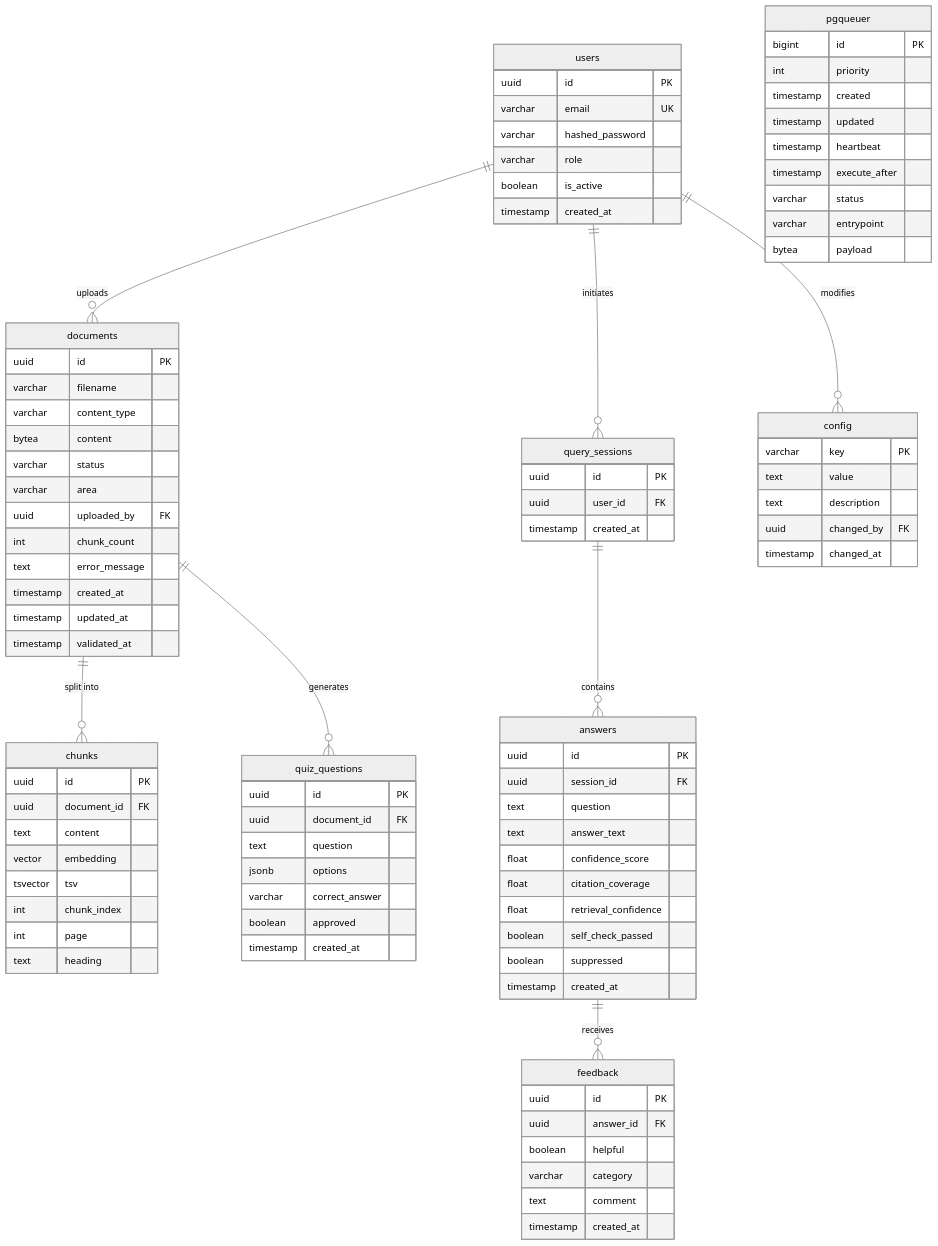
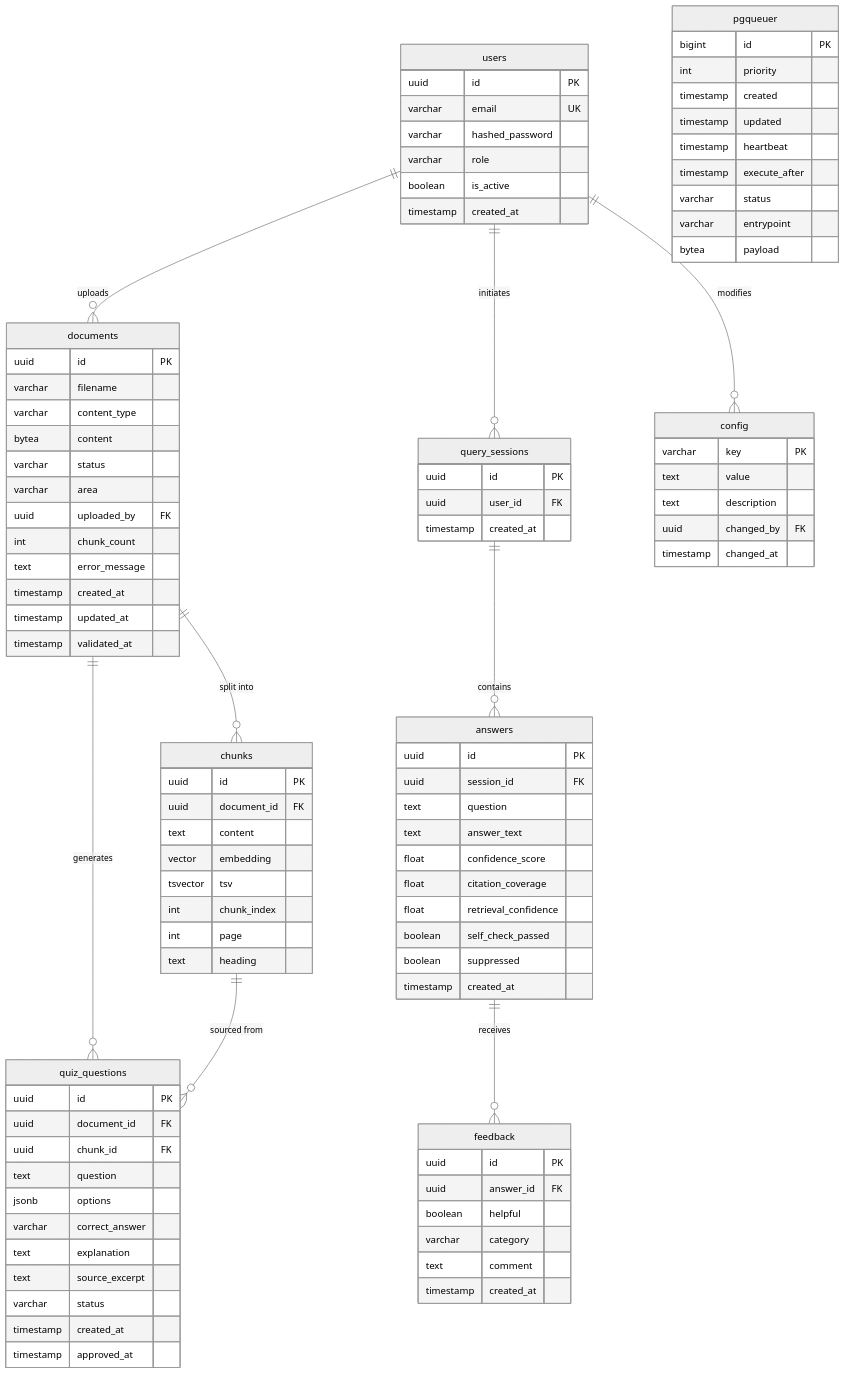
The diagram in Docs/08_ERD.md (tsorer/LearnFlow), drawn with Mermaid (neutral theme) before and after one commit. The commit also changed other lines of this file and 16 other files, not shown here.

````diff
--- a/Docs/08_ERD.md
+++ b/Docs/08_ERD.md
@@ -110,15 +110,19 @@
         timestamp   changed_at
     }
 
-    %% ── SHOULD · T-34 ────────────────────────────────────────
+    %% ── SHOULD · T-33 / T-34 ─────────────────────────────────
     quiz_questions {
         uuid        id             PK
         uuid        document_id    FK
+        uuid        chunk_id       FK
         text        question
         jsonb       options
         varchar     correct_answer
-        boolean     approved
+        text        explanation
+        text        source_excerpt
+        varchar     status
         timestamp   created_at
+        timestamp   approved_at
     }
 
     %% ── Beziehungen ──────────────────────────────────────────
@@ -127,6 +131,7 @@
     users           ||--o{ config          : "modifies"
     documents       ||--o{ chunks          : "split into"
     documents       ||--o{ quiz_questions  : "generates"
+    chunks          ||--o{ quiz_questions  : "sourced from"
     query_sessions  ||--o{ answers         : "contains"
     answers         ||--o{ feedback        : "receives"
 ```
````
